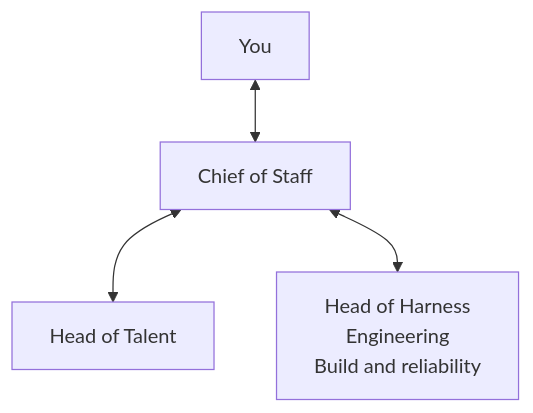
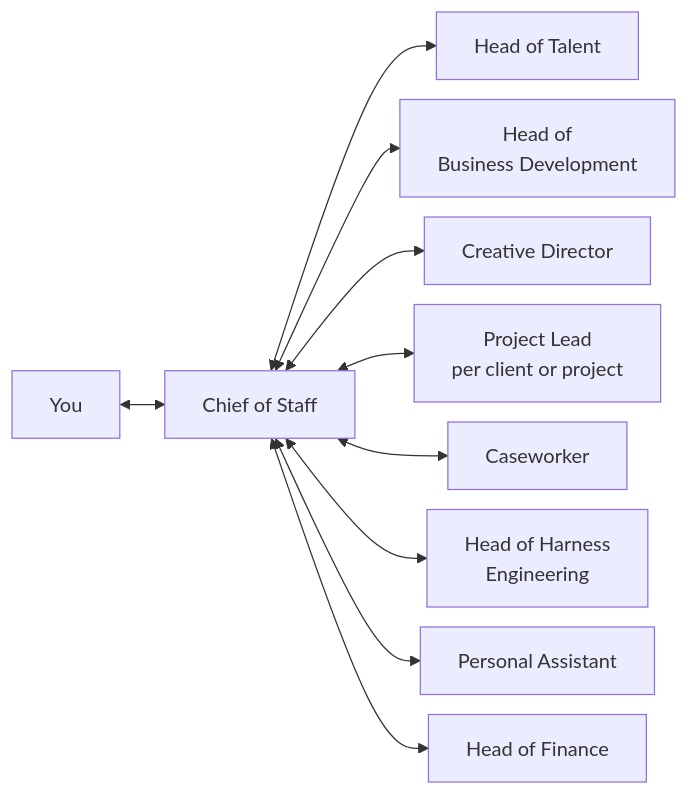
The diagram in README.md (benohanlon/ooda-harness), drawn with Mermaid before and after one commit. The commit also changed other lines of this file, not shown here.

Commit message:
Restore the full agreed team map and separate first implementation

````diff
--- a/README.md
+++ b/README.md
@@ -105,6 +105,18 @@
 ```mermaid
-flowchart TD
+---
+config:
+  flowchart:
+    nodeSpacing: 16
+    rankSpacing: 36
+---
+flowchart LR
     human["You"] <--> chief["Chief of Staff"]
     chief <--> talent["Head of Talent"]
-    chief <--> engineering["Head of Harness<br/>Engineering<br/>Build and reliability"]
+    chief <--> business["Head of<br/>Business Development"]
+    chief <--> creative["Creative Director"]
+    chief <--> project["Project Lead<br/>per client or project"]
+    chief <--> caseworker["Caseworker"]
+    chief <--> engineering["Head of Harness<br/>Engineering"]
+    chief <--> assistant["Personal Assistant"]
+    chief <--> finance["Head of Finance"]
 ```
````
